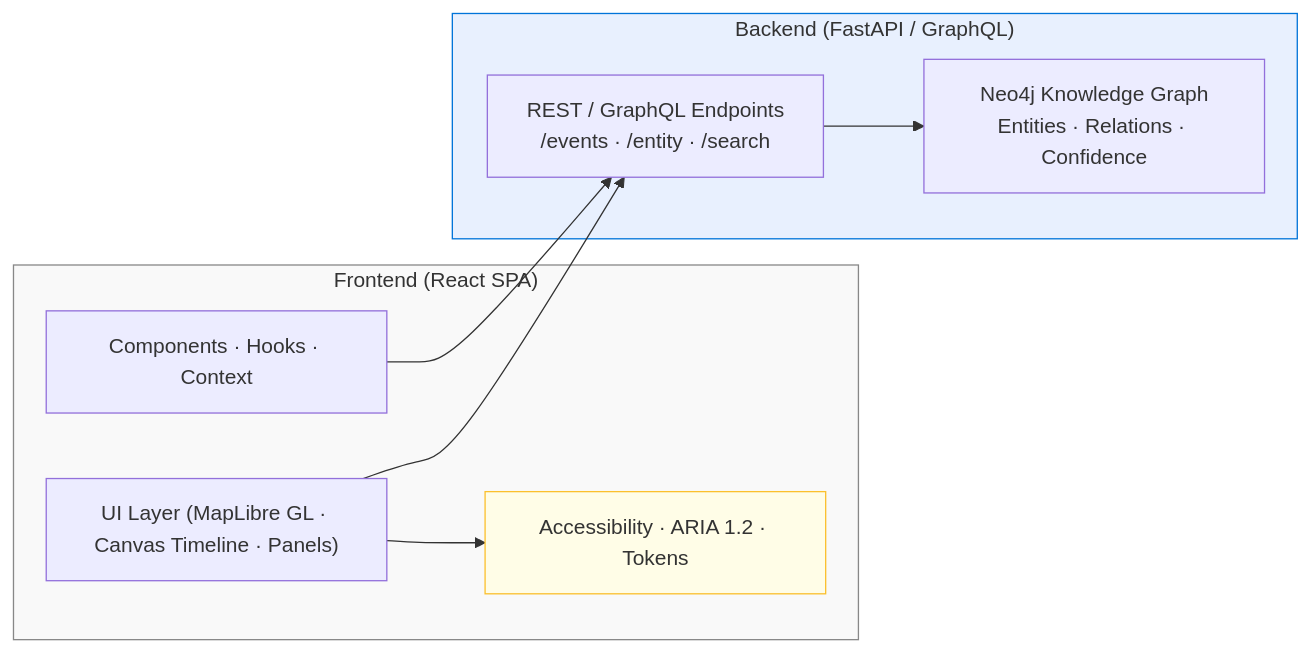
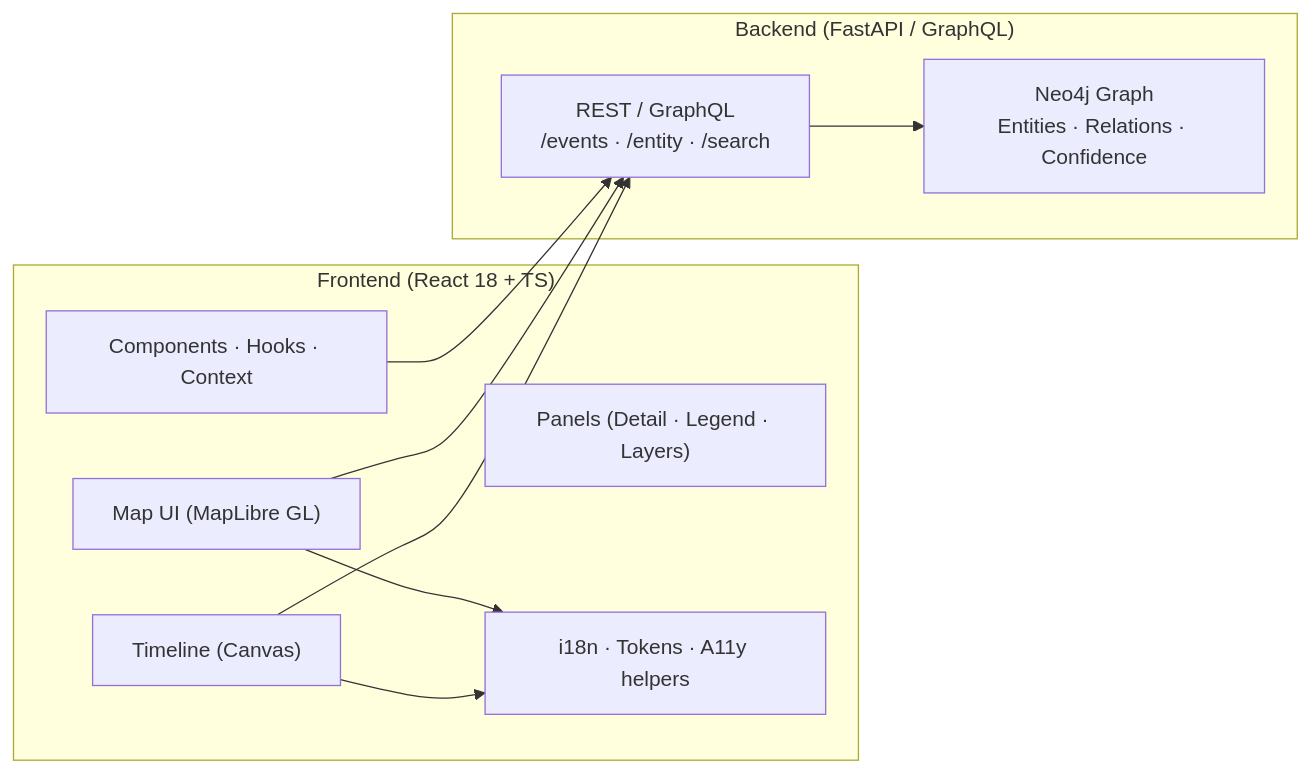
One commit to bartytime4life/Kansas-Frontier-Matrix changed the first of 2 diagrams in docs/design/reviews/architecture/web_ui_architecture_review.md. Above: the diagram before and after it, drawn with Mermaid. The commit also changed other lines of this file, not shown here.

First line of the commit message:
Revise Web UI Architecture Review for v4.0.0

`````diff
--- a/docs/design/reviews/architecture/web_ui_architecture_review.md
+++ b/docs/design/reviews/architecture/web_ui_architecture_review.md
@@ -38,24 +101,22 @@
 ```mermaid
 flowchart LR
-  subgraph Frontend ["Frontend (React SPA)"]
+  subgraph Frontend ["Frontend (React 18 + TS)"]
     A["Components · Hooks · Context"]
-    B["UI Layer (MapLibre GL · Canvas Timeline · Panels)"]
-    C["Accessibility · ARIA 1.2 · Tokens"]
+    B["Map UI (MapLibre GL)"]
+    C["Timeline (Canvas)"]
+    D["Panels (Detail · Legend · Layers)"]
+    E["i18n · Tokens · A11y helpers"]
   end
 
   subgraph Backend ["Backend (FastAPI / GraphQL)"]
-    D["REST / GraphQL Endpoints\n/events · /entity · /search"]
-    E["Neo4j Knowledge Graph\nEntities · Relations · Confidence"]
+    F["REST / GraphQL\n/events · /entity · /search"]
+    G["Neo4j Graph\nEntities · Relations · Confidence"]
   end
 
-  A --> D
-  B --> D
-  D --> E
-  B --> C
-
-  style Frontend fill:#f9f9f9,stroke:#888,stroke-width:1px
-  style Backend fill:#e8f0fe,stroke:#0074D9,stroke-width:1px
-  style C fill:#FFFDE7,stroke:#FBC02D,stroke-width:1px
-
-  %% END OF MERMAID
-````
+  A --> F
+  B --> F
+  C --> F
+  F --> G
+  B --> E
+  C --> E
+```
`````
